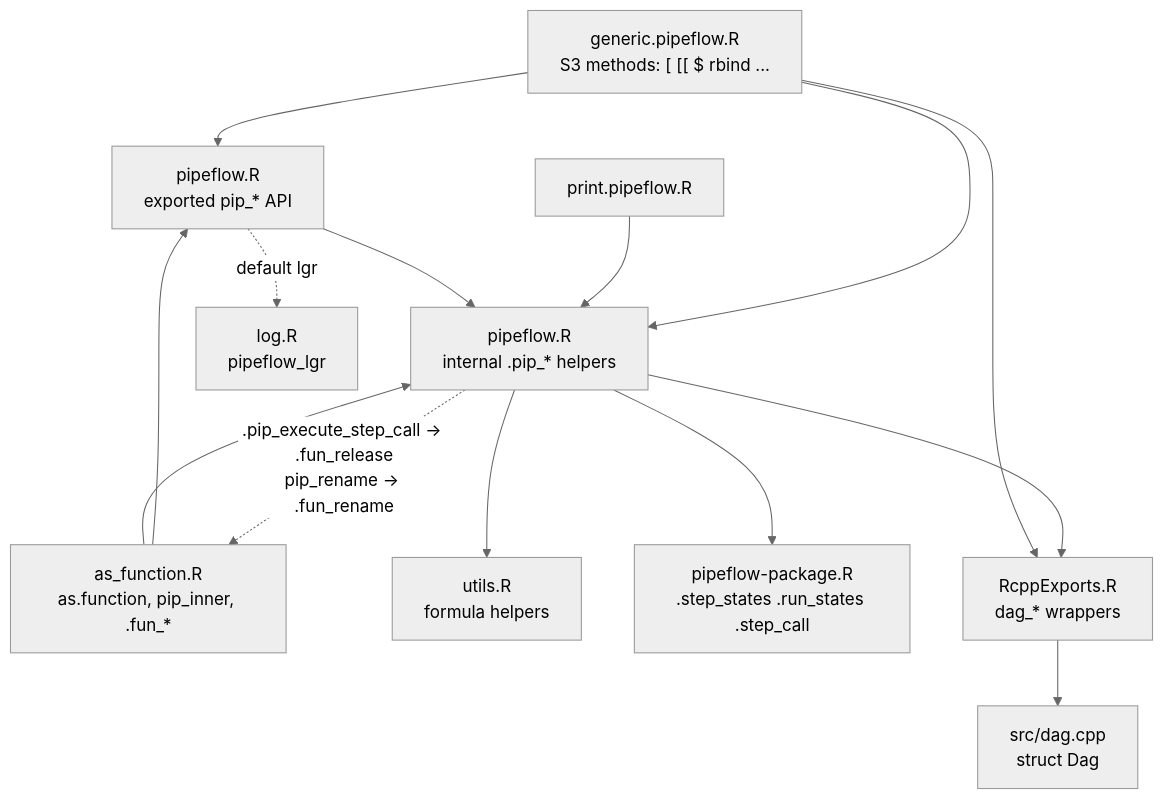
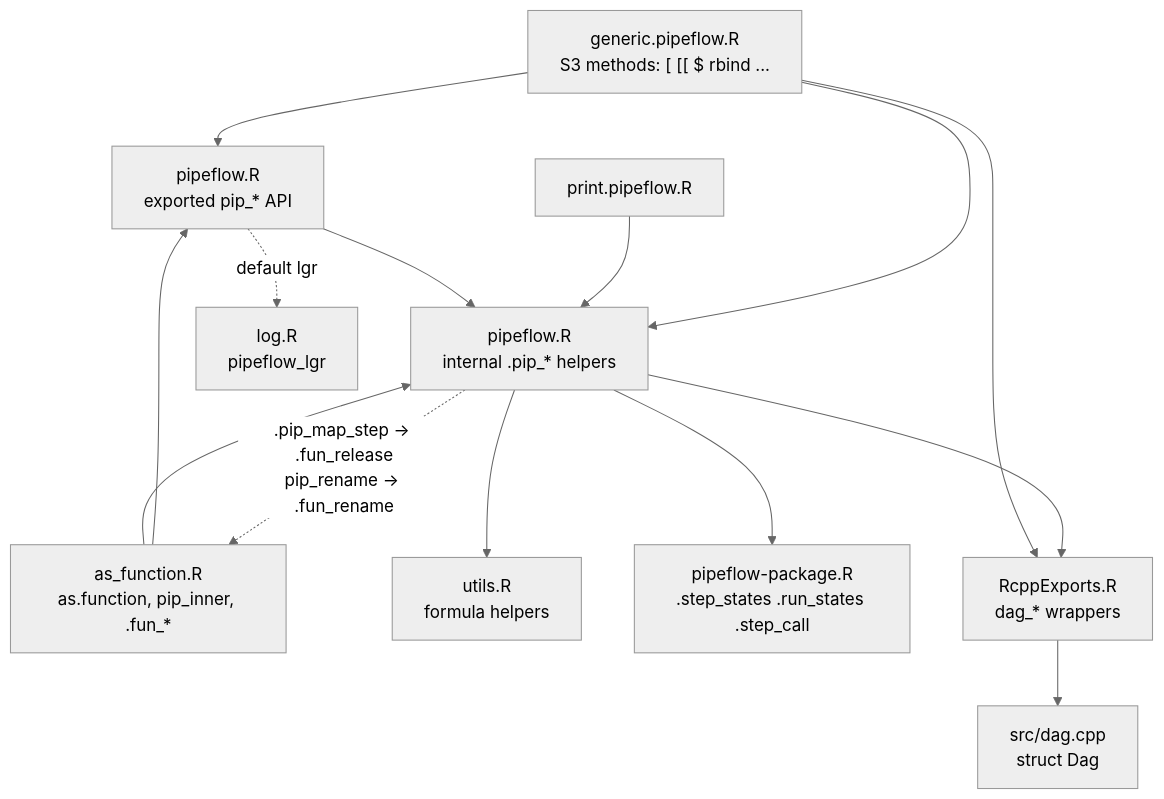
One commit to rpahl/pipeflow changed the first of 8 diagrams in dev/pipeflow.md. Above: the diagram before and after it, drawn with Mermaid (neutral theme). The commit also changed other lines of this file and 3 other files, not shown here.

````diff
--- a/dev/pipeflow.md
+++ b/dev/pipeflow.md
@@ -74,27 +74,27 @@
 ```mermaid
 flowchart TD
     gen["generic.pipeflow.R<br/>S3 methods: [ [[ $ rbind ..."]
     asf["as_function.R<br/>as.function, pip_inner, .fun_*"]
     prn["print.pipeflow.R"]
     api["pipeflow.R<br/>exported pip_* API"]
     int["pipeflow.R<br/>internal .pip_* helpers"]
     utl["utils.R<br/>formula helpers"]
     pkg["pipeflow-package.R<br/>.step_states .run_states .step_call"]
     log["log.R<br/>pipeflow_lgr"]
     rcpp["RcppExports.R<br/>dag_* wrappers"]
     cpp["src/dag.cpp<br/>struct Dag"]
 
     gen --> api
     gen --> int
     asf --> api
     asf --> int
     prn --> int
     api --> int
     api -. default lgr .-> log
     int --> utl
     int --> pkg
     int --> rcpp
     gen --> rcpp
     rcpp --> cpp
-    int -. ".pip_execute_step_call → .fun_release<br/>pip_rename → .fun_rename" .-> asf
+    int -. ".pip_map_step → .fun_release<br/>pip_rename → .fun_rename" .-> asf
 ```
````
